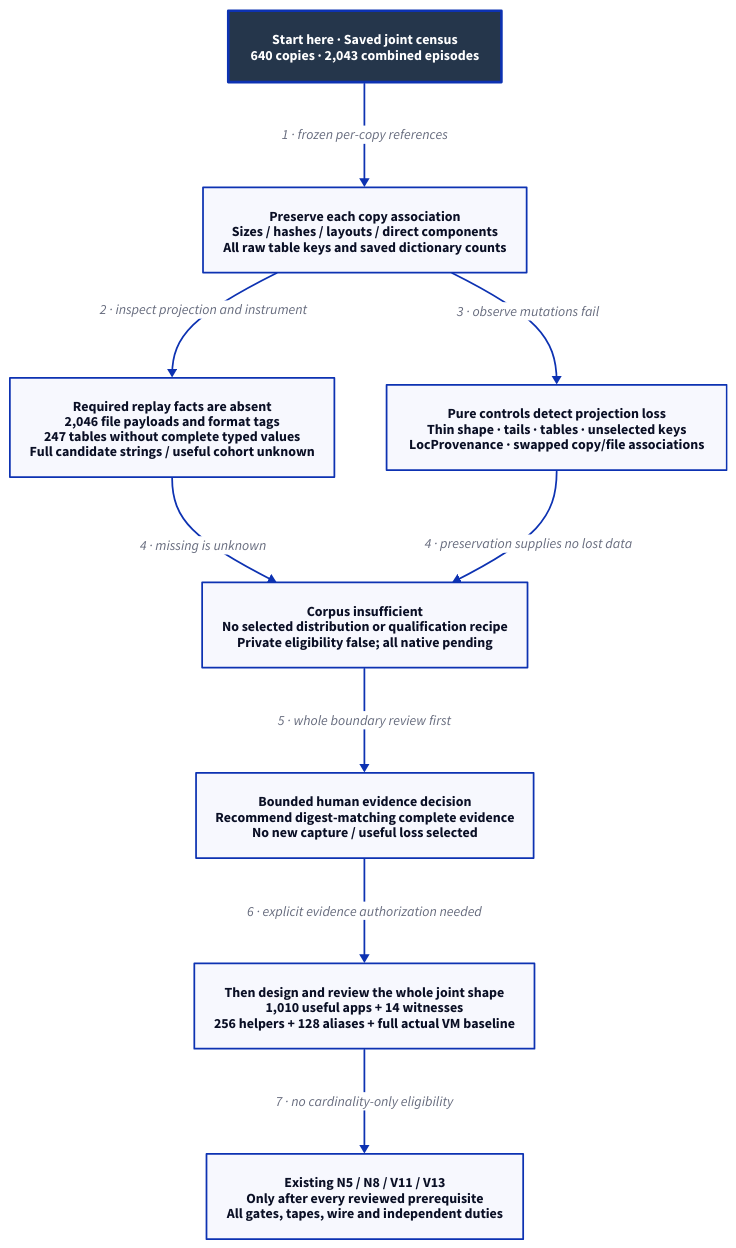
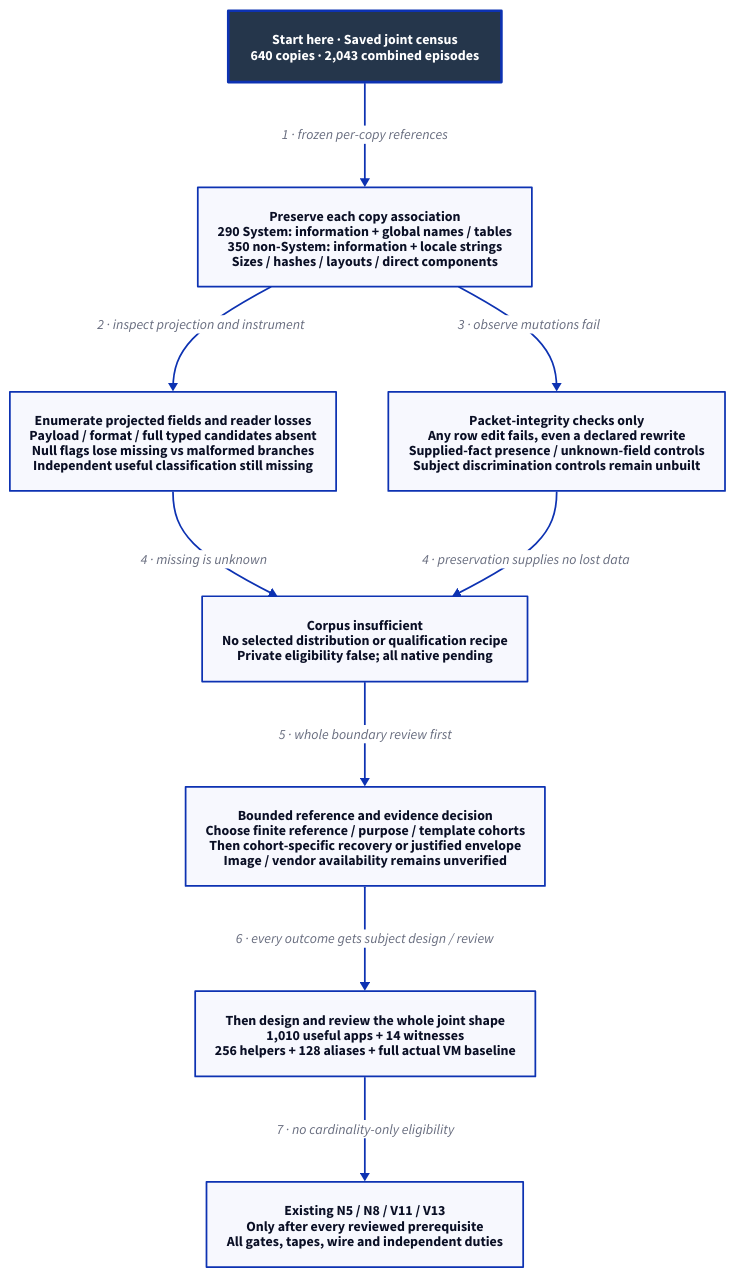
Before and after one commit to Linkuistics/Koine: the diagram in docs/design/architecture/native-population-metadata-shape.d2, drawn with D2. The commit also changed 37 other files, not shown here.

Commit message:
Repair the population evidence boundary (application-population-metadata-shape-k241)

```diff
--- a/docs/design/architecture/native-population-metadata-shape.d2
+++ b/docs/design/architecture/native-population-metadata-shape.d2
@@ -1,21 +1,21 @@
 # Saved-corpus boundary only; no selected distribution or native pass. D2 0.9.0.
 direction: down
 classes: {
   start: {style: {fill: "#25364B"; font-color: "#FFFFFF"; bold: true; stroke-width: 3}}
 }
 Start: "Start here · Saved joint census\n640 copies · 2,043 combined episodes" {class: start}
-Known: "Preserve each copy association\nSizes / hashes / layouts / direct components\nAll raw table keys and saved dictionary counts"
-Missing: "Required replay facts are absent\n2,046 file payloads and format tags\n247 tables without complete typed values\nFull candidate strings / useful cohort unknown"
-Control: "Pure controls detect projection loss\nThin shape · tails · tables · unselected keys\nLocProvenance · swapped copy/file associations"
+Known: "Preserve each copy association\n290 System: information + global names / tables\n350 non-System: information + locale strings\nSizes / hashes / layouts / direct components"
+Missing: "Enumerate projected fields and reader losses\nPayload / format / full typed candidates absent\nNull flags lose missing vs malformed branches\nIndependent useful classification still missing"
+Control: "Packet-integrity checks only\nAny row edit fails, even a declared rewrite\nSupplied-fact presence / unknown-field controls\nSubject discrimination controls remain unbuilt"
 Boundary: "Corpus insufficient\nNo selected distribution or qualification recipe\nPrivate eligibility false; all native pending"
-Decision: "Bounded human evidence decision\nRecommend digest-matching complete evidence\nNo new capture / useful loss selected"
+Decision: "Bounded reference and evidence decision\nChoose finite reference / purpose / template cohorts\nThen cohort-specific recovery or justified envelope\nImage / vendor availability remains unverified"
 Design: "Then design and review the whole joint shape\n1,010 useful apps + 14 witnesses\n256 helpers + 128 aliases + full actual VM baseline"
 Native: "Existing N5 / N8 / V11 / V13\nOnly after every reviewed prerequisite\nAll gates, tapes, wire and independent duties"
 Start -> Known: "1 · frozen per-copy references"
 Known -> Missing: "2 · inspect projection and instrument"
 Known -> Control: "3 · observe mutations fail"
 Missing -> Boundary: "4 · missing is unknown"
 Control -> Boundary: "4 · preservation supplies no lost data"
 Boundary -> Decision: "5 · whole boundary review first"
-Decision -> Design: "6 · explicit evidence authorization needed"
+Decision -> Design: "6 · every outcome gets subject design / review"
 Design -> Native: "7 · no cardinality-only eligibility"
```
